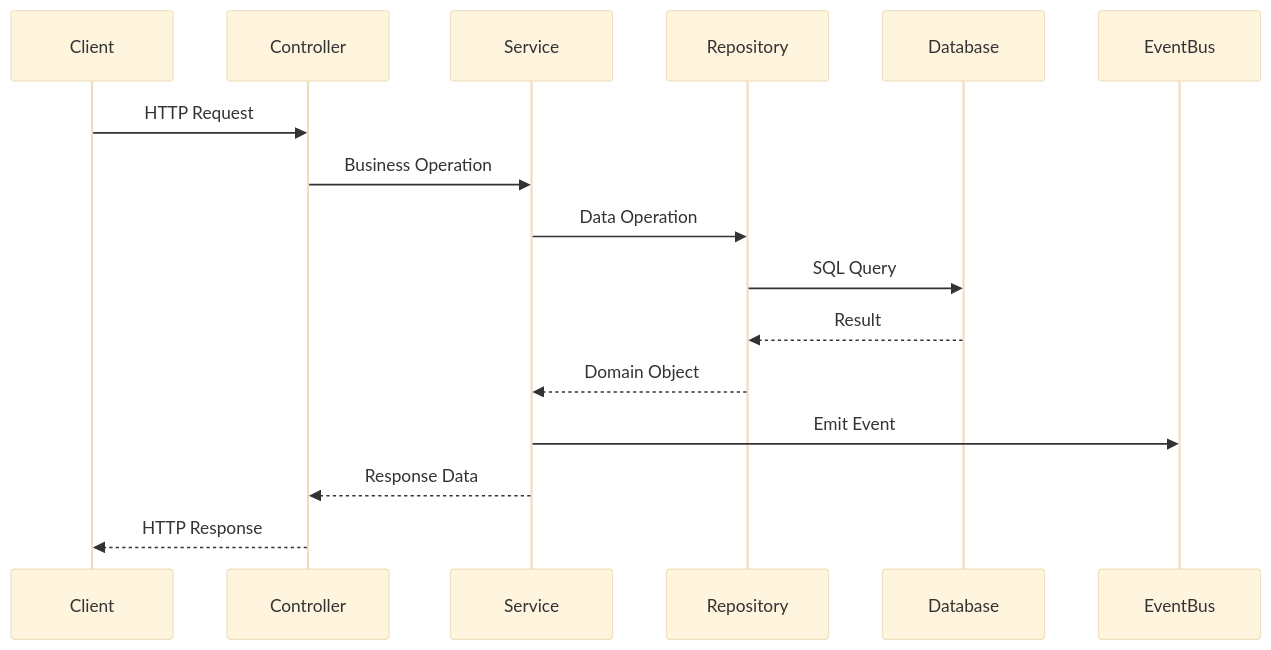
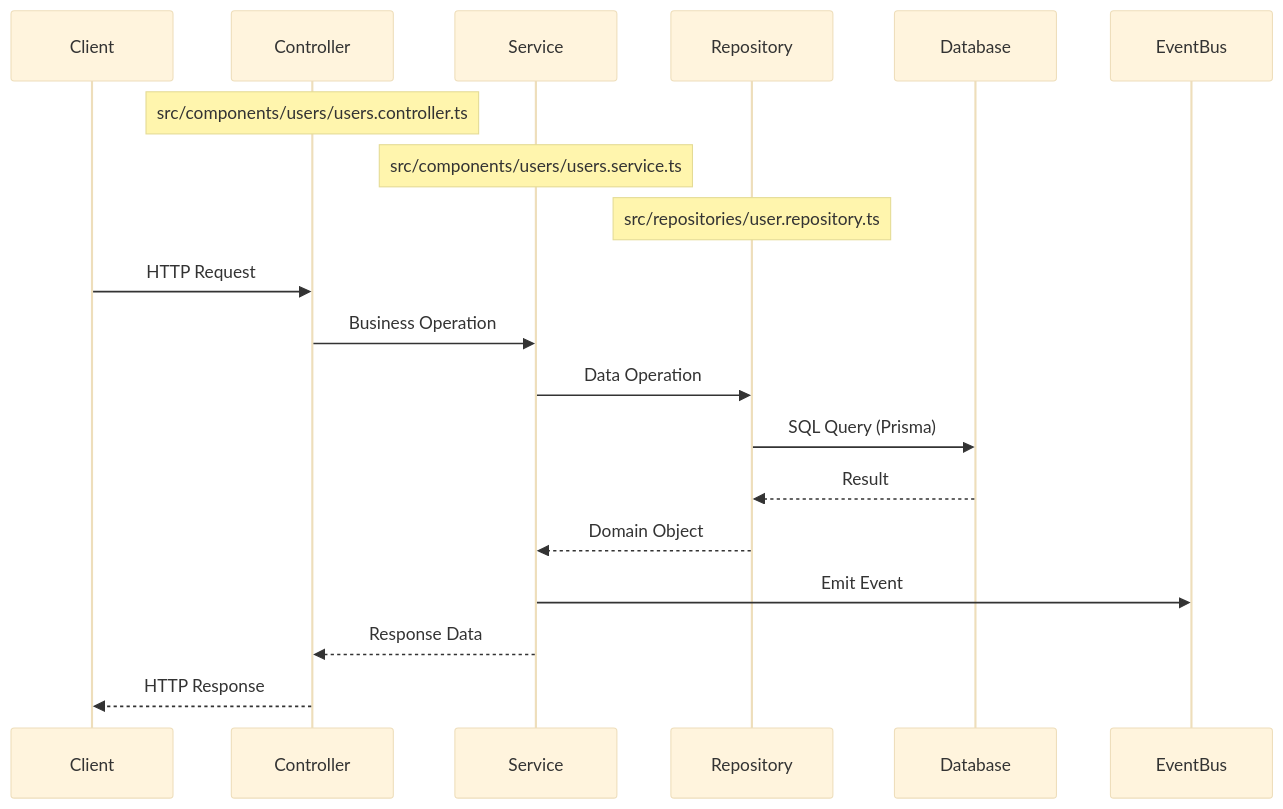
The second of 6 diagrams in ARCHITECTURE.md (jairosoft-com/template-expressjs-typescript-mongodb-pgsql-2025), drawn with Mermaid (base theme) before and after one commit. The commit also changed other lines of this file, not shown here.

First line of the commit message:
docs: clarify centralized repository pattern in architecture documentation

````diff
--- a/ARCHITECTURE.md
+++ b/ARCHITECTURE.md
@@ -136,19 +171,23 @@
 ```mermaid
 sequenceDiagram
     participant Client
     participant Controller
     participant Service
     participant Repository
     participant Database
     participant EventBus
     
+    Note over Controller: src/components/users/users.controller.ts
+    Note over Service: src/components/users/users.service.ts
+    Note over Repository: src/repositories/user.repository.ts
+    
     Client->>Controller: HTTP Request
     Controller->>Service: Business Operation
     Service->>Repository: Data Operation
-    Repository->>Database: SQL Query
+    Repository->>Database: SQL Query (Prisma)
     Database-->>Repository: Result
     Repository-->>Service: Domain Object
     Service->>EventBus: Emit Event
     Service-->>Controller: Response Data
     Controller-->>Client: HTTP Response
 ```
````
